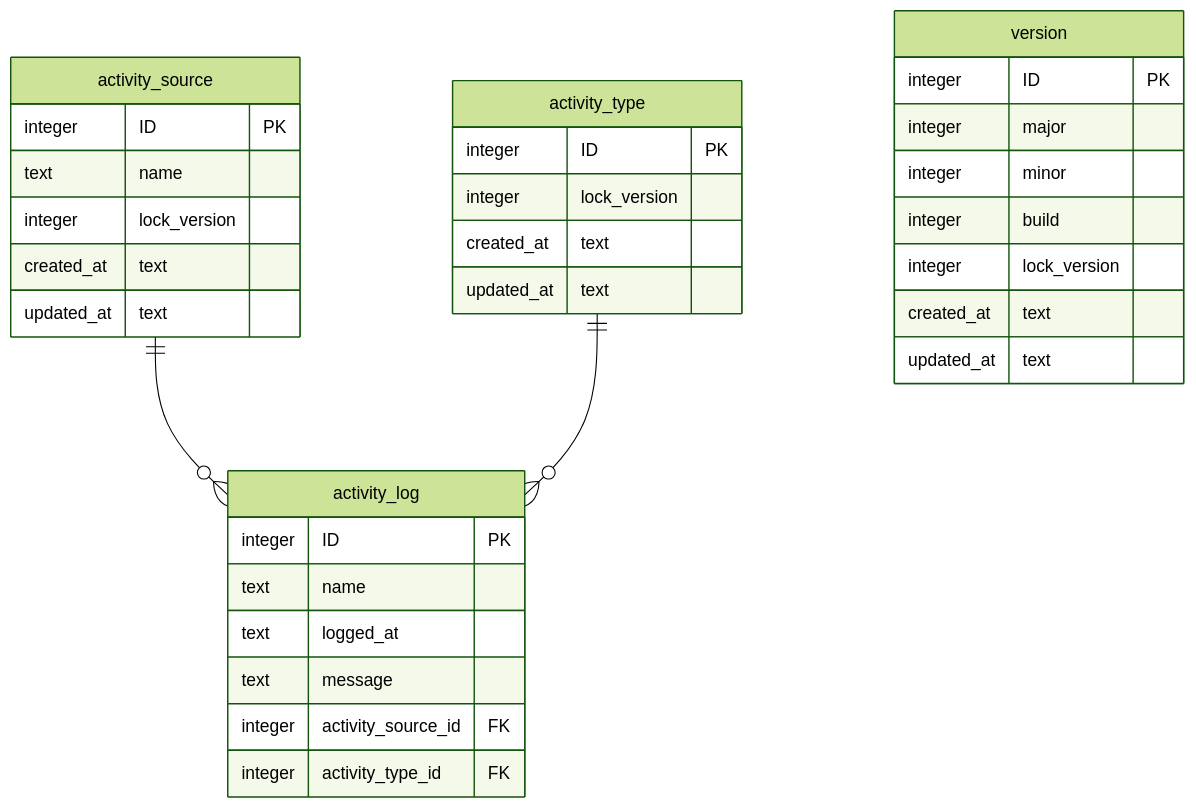
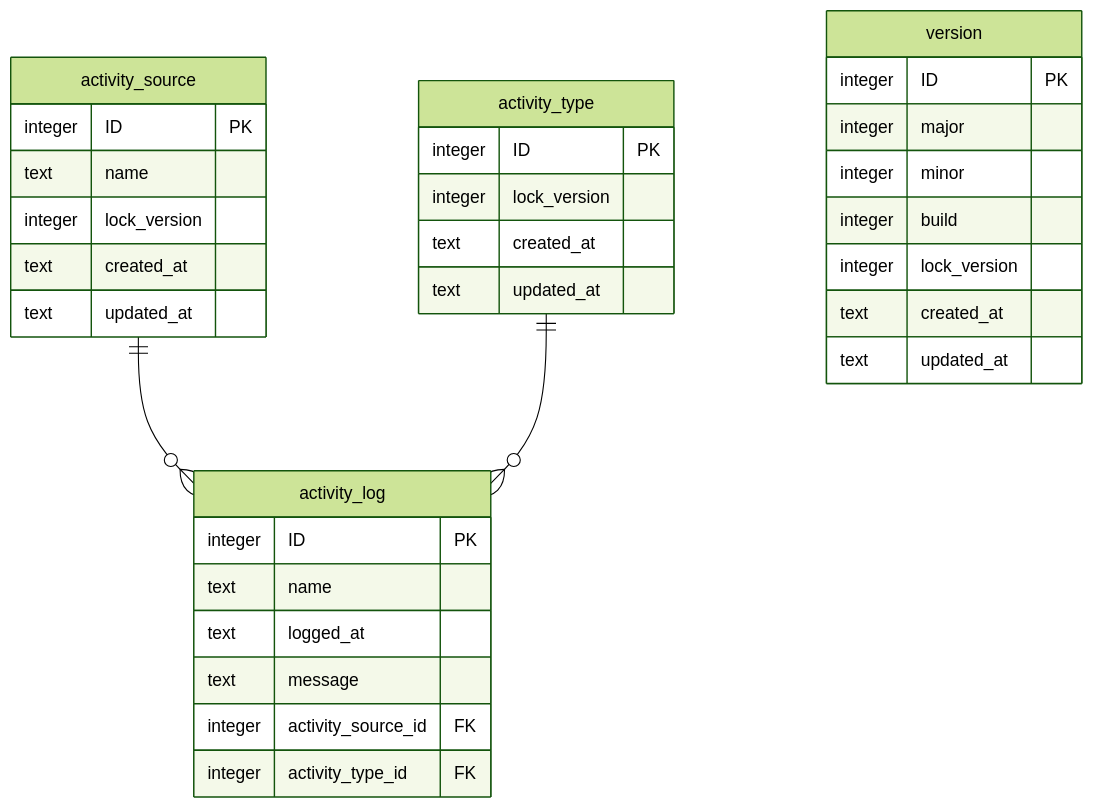
One commit to dooley-ch/mistral changed the first of 3 diagrams in docs/sqlite.md. Above: the diagram before and after it, drawn with Mermaid (forest theme). The commit also changed other lines of this file and 1 other file, not shown here.

````diff
--- a/docs/sqlite.md
+++ b/docs/sqlite.md
@@ -9,39 +9,39 @@
 ```mermaid
 erDiagram
     activity_source ||--o{ activity_log : ""
     activity_type ||--o{ activity_log : ""
     
     version {
         integer ID PK
         integer major
         integer minor
         integer build
         integer lock_version
-        created_at text
-        updated_at text
+        text created_at
+        text updated_at
     }
     
     activity_log {
         integer ID PK
         text name
         text logged_at  
         text message
         integer activity_source_id FK
         integer activity_type_id FK      
     }
     
     activity_source {
         integer ID PK
         text name
         integer lock_version
-        created_at text
-        updated_at text
+        text created_at
+        text updated_at
     }
     
     activity_type {
         integer ID PK    
         integer lock_version
-        created_at text
-        updated_at text
+        text created_at
+        text updated_at
     }
 ```
````
